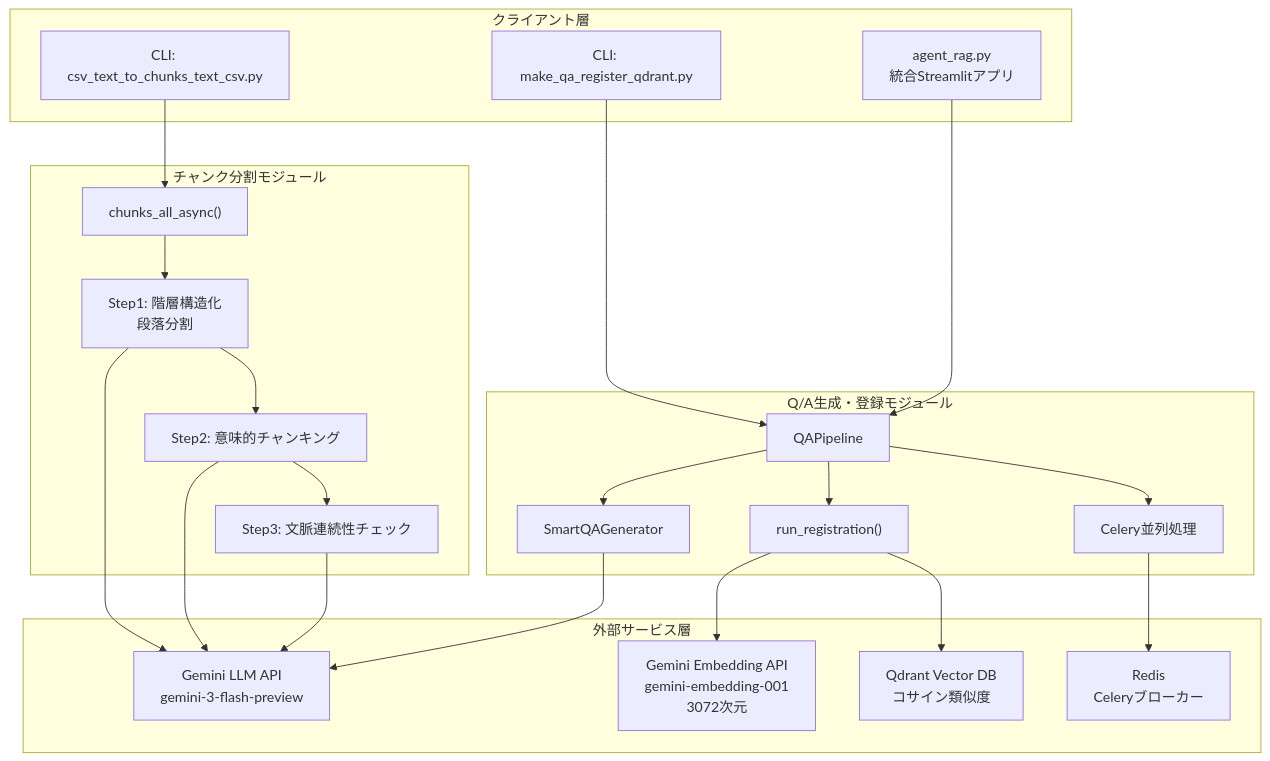
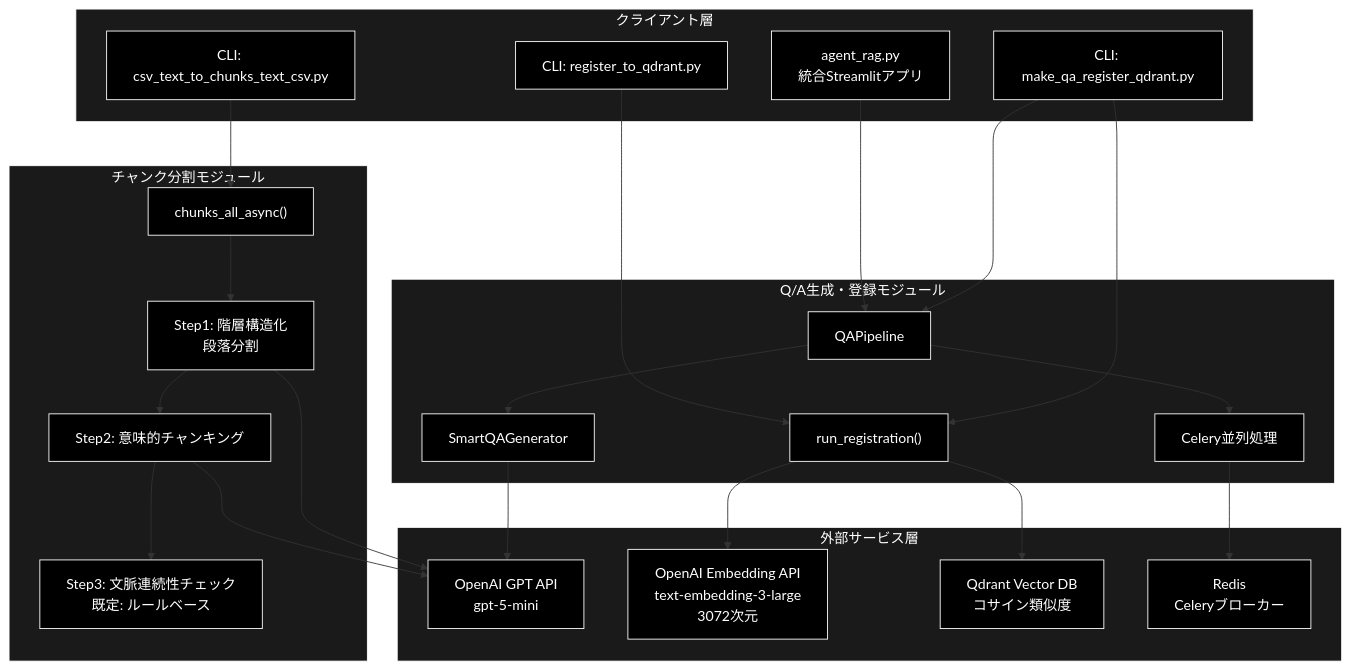
The first of 5 diagrams in readme_rag.md (nakashima2toshio/openai_grace_agent), drawn with Mermaid before and after one commit. The commit also changed other lines of this file and 4 other files, not shown here.

````diff
--- a/readme_rag.md
+++ b/readme_rag.md
@@ -81,43 +86,51 @@
 ```mermaid
 flowchart TB
     subgraph CLIENT["クライアント層"]
         APP["agent_rag.py<br/>統合Streamlitアプリ"]
         CLI_CHUNK["CLI: csv_text_to_chunks_text_csv.py"]
         CLI_QA["CLI: make_qa_register_qdrant.py"]
+        CLI_REG["CLI: register_to_qdrant.py"]
     end
 
     subgraph CHUNKING["チャンク分割モジュール"]
         CHUNK_MAIN["chunks_all_async()"]
         STEP1["Step1: 階層構造化<br/>段落分割"]
         STEP2["Step2: 意味的チャンキング"]
-        STEP3["Step3: 文脈連続性チェック"]
+        STEP3["Step3: 文脈連続性チェック<br/>既定: ルールベース"]
     end
 
     subgraph QA_PIPELINE["Q/A生成・登録モジュール"]
         PIPELINE["QAPipeline"]
         SMART_QA["SmartQAGenerator"]
         CELERY["Celery並列処理"]
         REG["run_registration()"]
     end
 
     subgraph EXTERNAL["外部サービス層"]
-        GEMINI_LLM["Gemini LLM API<br/>gemini-3-flash-preview"]
-        GEMINI_EMB["Gemini Embedding API<br/>gemini-embedding-001<br/>3072次元"]
+        OPENAI_LLM["OpenAI GPT API<br/>gpt-5-mini"]
+        OPENAI_EMB["OpenAI Embedding API<br/>text-embedding-3-large<br/>3072次元"]
         QDRANT["Qdrant Vector DB<br/>コサイン類似度"]
         REDIS["Redis<br/>Celeryブローカー"]
     end
 
     CLI_CHUNK --> CHUNK_MAIN
     CHUNK_MAIN --> STEP1 --> STEP2 --> STEP3
-    STEP1 --> GEMINI_LLM
-    STEP2 --> GEMINI_LLM
-    STEP3 --> GEMINI_LLM
+    STEP1 --> OPENAI_LLM
+    STEP2 --> OPENAI_LLM
 
     CLI_QA --> PIPELINE
     APP --> PIPELINE
-    PIPELINE --> SMART_QA --> GEMINI_LLM
+    PIPELINE --> SMART_QA --> OPENAI_LLM
     PIPELINE --> CELERY --> REDIS
-    PIPELINE --> REG
-    REG --> GEMINI_EMB
+    CLI_QA --> REG
+    CLI_REG --> REG
+    REG --> OPENAI_EMB
     REG --> QDRANT
+classDef default fill:#000,stroke:#fff,color:#fff
+classDef subgraphStyle fill:#1a1a1a,stroke:#fff,color:#fff
+class APP,CLI_CHUNK,CLI_QA,CLI_REG,CHUNK_MAIN,STEP1,STEP2,STEP3,PIPELINE,SMART_QA,CELERY,REG,OPENAI_LLM,OPENAI_EMB,QDRANT,REDIS default
+style CLIENT fill:#1a1a1a,stroke:#fff,color:#fff
+style CHUNKING fill:#1a1a1a,stroke:#fff,color:#fff
+style QA_PIPELINE fill:#1a1a1a,stroke:#fff,color:#fff
+style EXTERNAL fill:#1a1a1a,stroke:#fff,color:#fff
 ```
````
